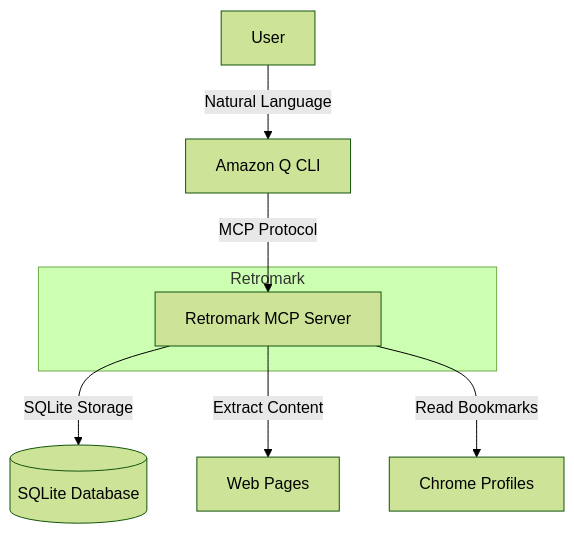
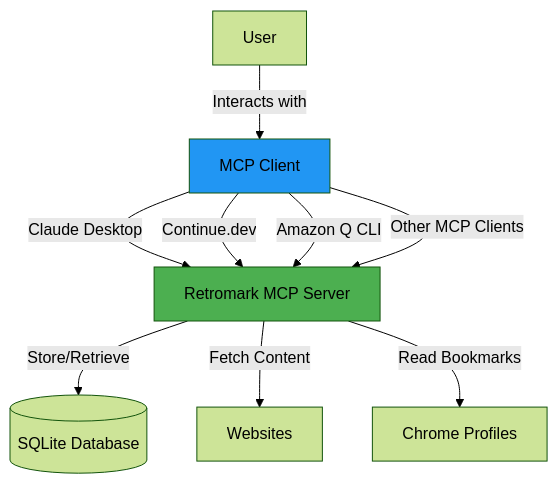
One commit to cearley/retromark-mcp-server changed the diagram in README.md. Above: the diagram before and after it, drawn with Mermaid (forest theme). The commit also changed other lines of this file and 10 other files, not shown here.

Commit message:
Refactor documentation to position Retromark as a **universal MCP server** (client-agnostic)

````diff
--- a/README.md
+++ b/README.md
@@ -85,12 +117,15 @@
 ```mermaid
 graph TD
-    User[User] -->|Natural Language| AQ[Amazon Q CLI]
-    AQ -->|MCP Protocol| MCP[Retromark MCP Server]
-    MCP -->|SQLite Storage| SQL[(SQLite Database)]
-    MCP -->|Extract Content| Web[Web Pages]
-    MCP -->|Read Bookmarks| Chrome[Chrome Profiles]
+    User[User] -->|Interacts with| Client[MCP Client]
+    Client -->|Claude Desktop| Retromark[Retromark MCP Server]
+    Client -->|Continue.dev| Retromark
+    Client -->|Amazon Q CLI| Retromark
+    Client -->|Other MCP Clients| Retromark
 
-    subgraph Retromark
-        MCP
-    end
+    Retromark -->|Store/Retrieve| DB[(SQLite Database)]
+    Retromark -->|Fetch Content| Web[Websites]
+    Retromark -->|Read Bookmarks| Chrome[Chrome Profiles]
+
+    style Retromark fill:#4CAF50
+    style Client fill:#2196F3
 ```
````
